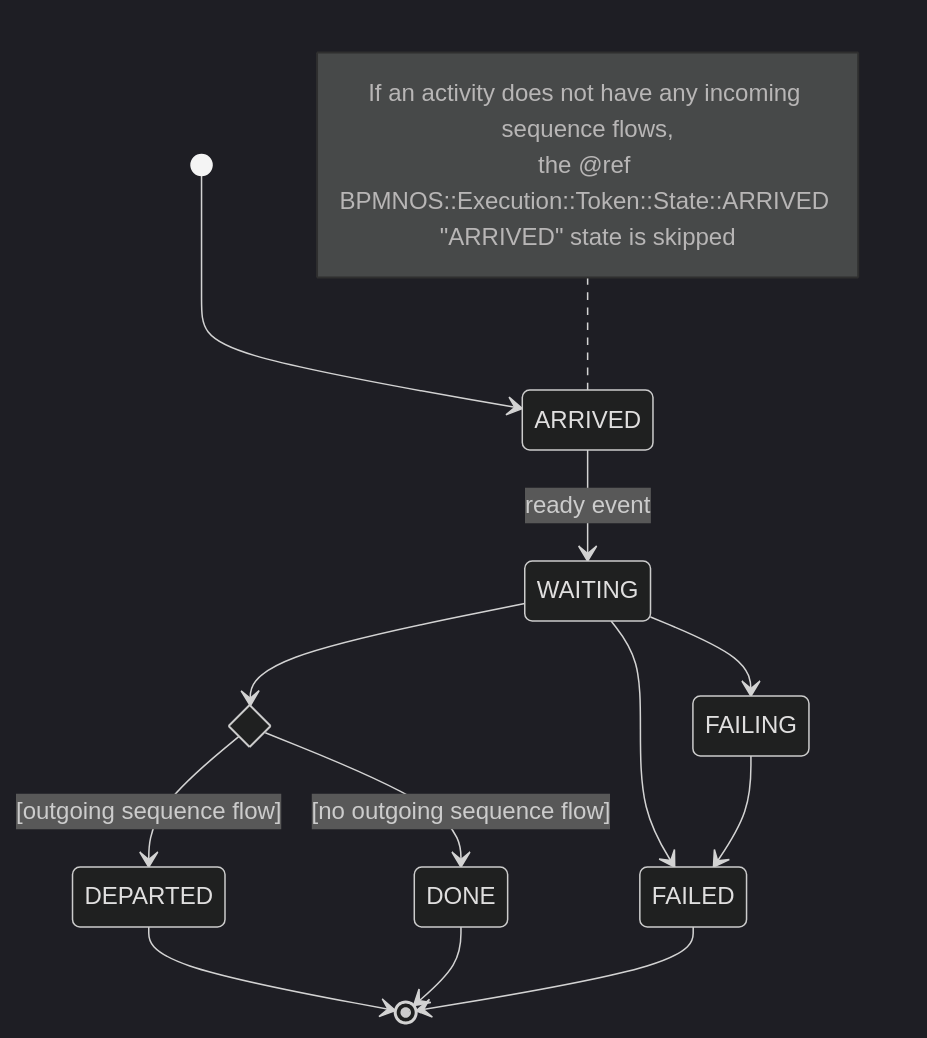
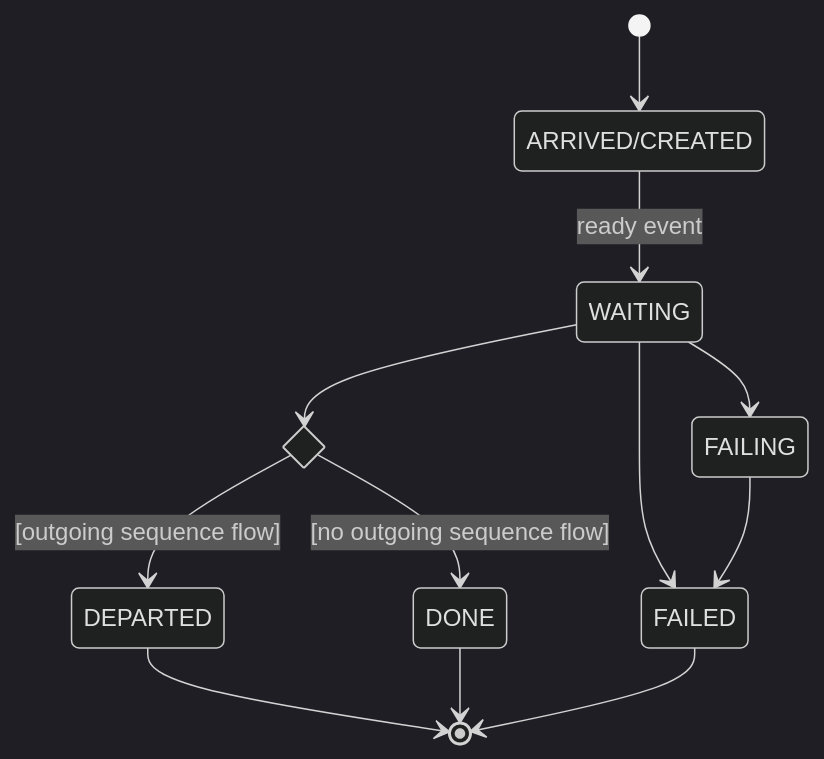
The diagram in docs/md/logic/token_flow_logic_multi_instance_activities.md (bpmn-os/bpmnos-engine), drawn with Mermaid (dark theme) before and after one commit. The commit also changed other lines of this file and 4 other files, not shown here.

```diff
--- a/docs/md/logic/token_flow_logic_multi_instance_activities.md
+++ b/docs/md/logic/token_flow_logic_multi_instance_activities.md
@@ -5,19 +5,15 @@
 <pre class="mermaid">
 stateDiagram-v2
     state departure <<choice>>
-    [*] --> ARRIVED
-    note left of ARRIVED
-      If an activity does not have any incoming sequence flows,
-      the @ref BPMNOS::Execution::Token::State::ARRIVED "ARRIVED" state is skipped 
-    end note
-    ARRIVED --> WAITING: ready event
+    [*] --> ARRIVED/CREATED
+    ARRIVED/CREATED --> WAITING: ready event
     WAITING --> departure
     WAITING --> FAILING
     WAITING --> FAILED
     FAILING --> FAILED
     departure --> DEPARTED: [outgoing sequence flow]
     departure --> DONE: [no outgoing sequence flow]
     DEPARTED --> [*]
     DONE --> [*]
     FAILED --> [*]
 </pre>
```
